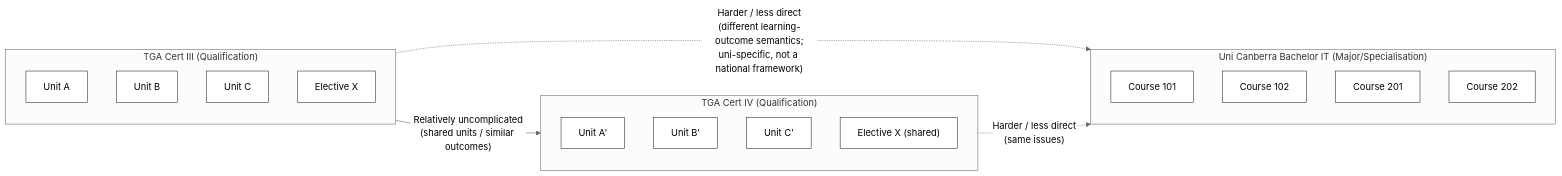
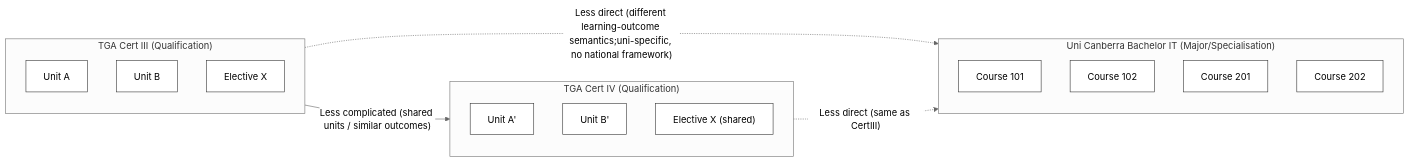
One commit to leskneebone/skills-SPARQL changed the first of 3 diagrams in reports/creditTransferModels.md. Above: the diagram before and after it, drawn with Mermaid (neutral theme). The commit also changed other lines of this file, not shown here.

````diff
--- a/reports/creditTransferModels.md
+++ b/reports/creditTransferModels.md
@@ -1,30 +1,28 @@
 ```mermaid
 flowchart LR
   %% Diagram 1 — direct mappings (VET↔VET easier than VET↔HE)
   subgraph CertIII["TGA Cert III (Qualification)"]
     C3a["Unit A"]:::unit
     C3b["Unit B"]:::unit
-    C3c["Unit C"]:::unit
     C3d["Elective X"]:::unit
   end
 
   subgraph CertIV["TGA Cert IV (Qualification)"]
     C4a["Unit A'"]:::unit
     C4b["Unit B'"]:::unit
-    C4c["Unit C'"]:::unit
     C4x["Elective X (shared)"]:::unit
   end
 
   subgraph UCBIT["Uni Canberra Bachelor IT (Major/Specialisation)"]
     UC1["Course 101"]:::unit
     UC2["Course 102"]:::unit
     UC3["Course 201"]:::unit
     UC4["Course 202"]:::unit
   end
 
-  CertIII -- "Relatively uncomplicated\n(shared units / similar outcomes)" --> CertIV
-  CertIII -. "Harder / less direct\n(different learning-outcome semantics;\nuni-specific, not a national framework)" .-> UCBIT
-  CertIV  -. "Harder / less direct\n(same issues)" .-> UCBIT
+  CertIII -- "Less complicated (shared units / similar outcomes)" --> CertIV
+  CertIII -. "Less direct (different learning-outcome semantics;uni-specific, no national framework)" .-> UCBIT
+  CertIV  -. "Less direct (same as CertIII)" .-> UCBIT
 
   classDef unit fill:#fff,stroke:#333,stroke-width:1px;
 ```
````
